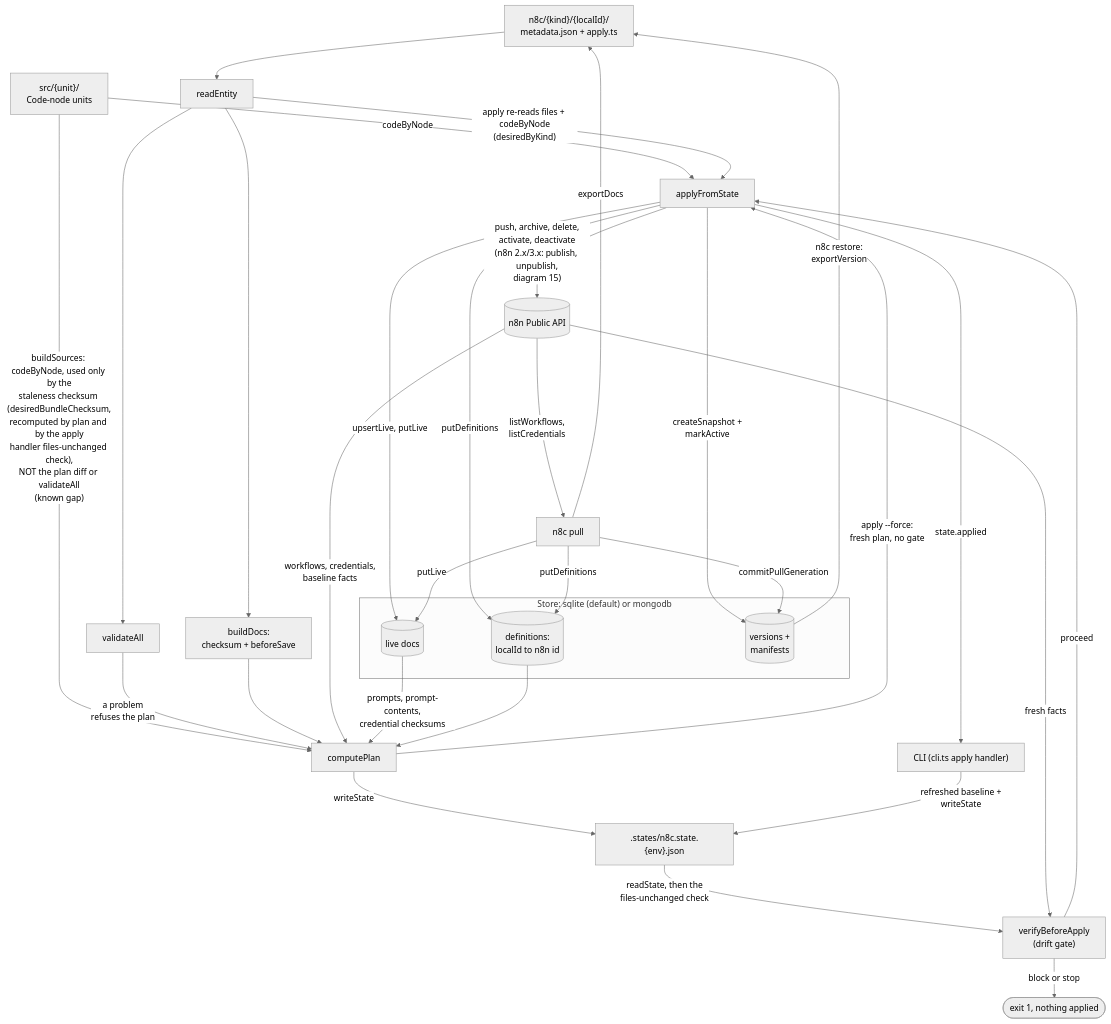
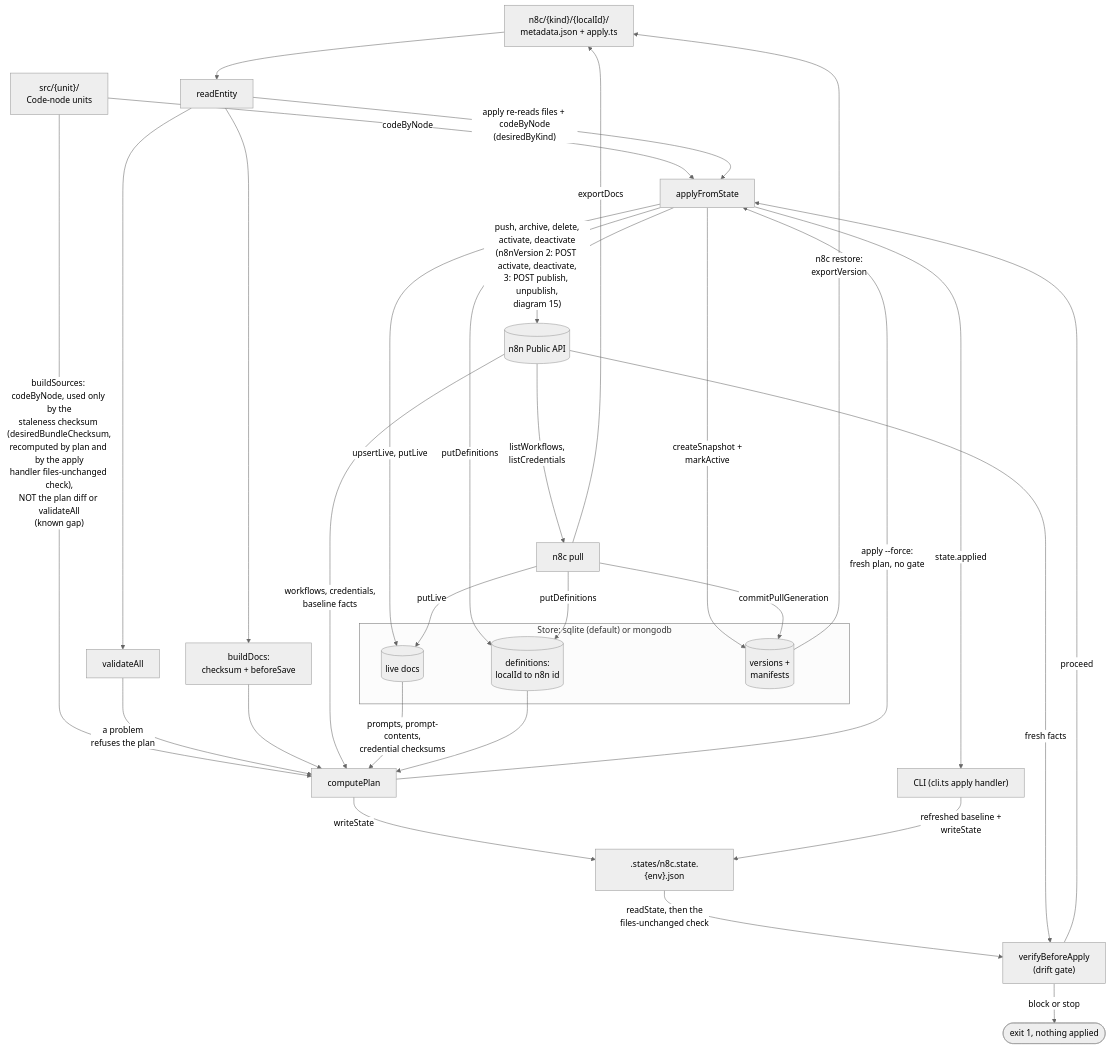
The first of 15 diagrams in docs/ARCHITECTURE.md (nullseal/n8c), drawn with Mermaid (neutral theme) before and after one commit. The commit also changed other lines of this file and 2 other files, not shown here.

First line of the commit message:
docs: per-version n8n endpoints, the upgrade note, and accuracy fixes

````diff
--- a/docs/ARCHITECTURE.md
+++ b/docs/ARCHITECTURE.md
@@ -43,40 +43,40 @@
 ```mermaid
 flowchart TB
     FILES["n8c/{kind}/{localId}/<br/>metadata.json + apply.ts"]
     UNITS["src/{unit}/<br/>Code-node units"]
     FILES --> RE["readEntity"]
     UNITS -->|"buildSources: codeByNode, used only by the<br/>staleness checksum (desiredBundleChecksum,<br/>recomputed by plan and by the apply<br/>handler files-unchanged check),<br/>NOT the plan diff or validateAll<br/>(known gap)"| CP
     UNITS -->|"codeByNode"| AFS
     RE -->|"apply re-reads files + codeByNode<br/>(desiredByKind)"| AFS
     RE --> VAL["validateAll"]
     RE --> BD["buildDocs:<br/>checksum + beforeSave"]
     VAL -->|"a problem<br/>refuses the plan"| CP["computePlan"]
     BD --> CP
     N8N[("n8n Public API")]
     subgraph db["Store: sqlite (default) or mongodb"]
         LIVE[("live docs")]
         DEFS[("definitions:<br/>localId to n8n id")]
         VERS[("versions +<br/>manifests")]
     end
     N8N -->|"workflows, credentials,<br/>baseline facts"| CP
     LIVE -->|"prompts, prompt-contents,<br/>credential checksums"| CP
     DEFS --> CP
     CP -->|"writeState"| STATE[".states/n8c.state.{env}.json"]
     STATE -->|"readState, then the<br/>files-unchanged check"| GATE["verifyBeforeApply<br/>(drift gate)"]
     N8N -->|"fresh facts"| GATE
     GATE -->|"block or stop"| HALT(["exit 1, nothing applied"])
     GATE -->|"proceed"| AFS["applyFromState"]
     CP -->|"apply --force:<br/>fresh plan, no gate"| AFS
-    AFS -->|"push, archive, delete,<br/>activate, deactivate<br/>(n8n 2.x/3.x: publish, unpublish,<br/>diagram 15)"| N8N
+    AFS -->|"push, archive, delete,<br/>activate, deactivate<br/>(n8nVersion 2: POST activate, deactivate,<br/>3: POST publish, unpublish,<br/>diagram 15)"| N8N
     AFS -->|"upsertLive, putLive"| LIVE
     AFS -->|"putDefinitions"| DEFS
     AFS -->|"createSnapshot +<br/>markActive"| VERS
     AFS -->|"state.applied"| CLI["CLI (cli.ts apply handler)"]
     CLI -->|"refreshed baseline +<br/>writeState"| STATE
     N8N -->|"listWorkflows,<br/>listCredentials"| PULL["n8c pull"]
     PULL -->|"putLive"| LIVE
     PULL -->|"putDefinitions"| DEFS
     PULL -->|"commitPullGeneration"| VERS
     PULL -->|"exportDocs"| FILES
     VERS -->|"n8c restore:<br/>exportVersion"| FILES
 ```
````
